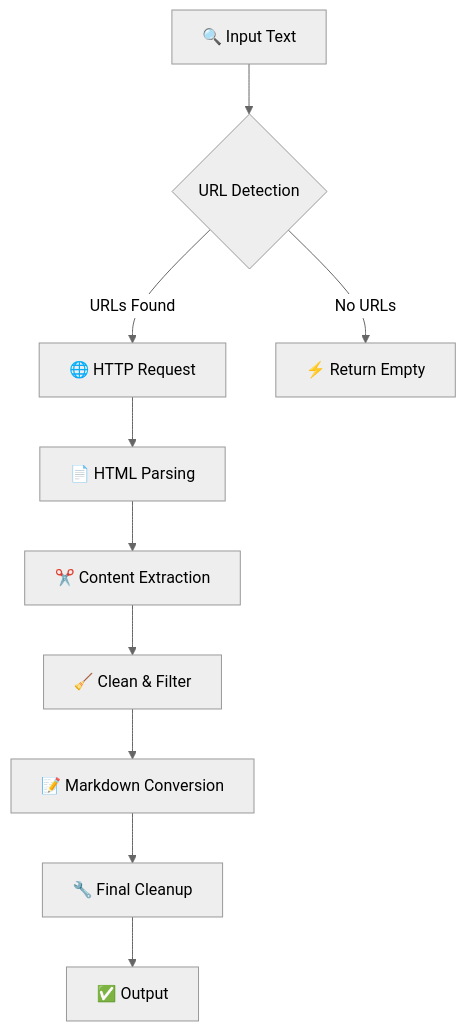
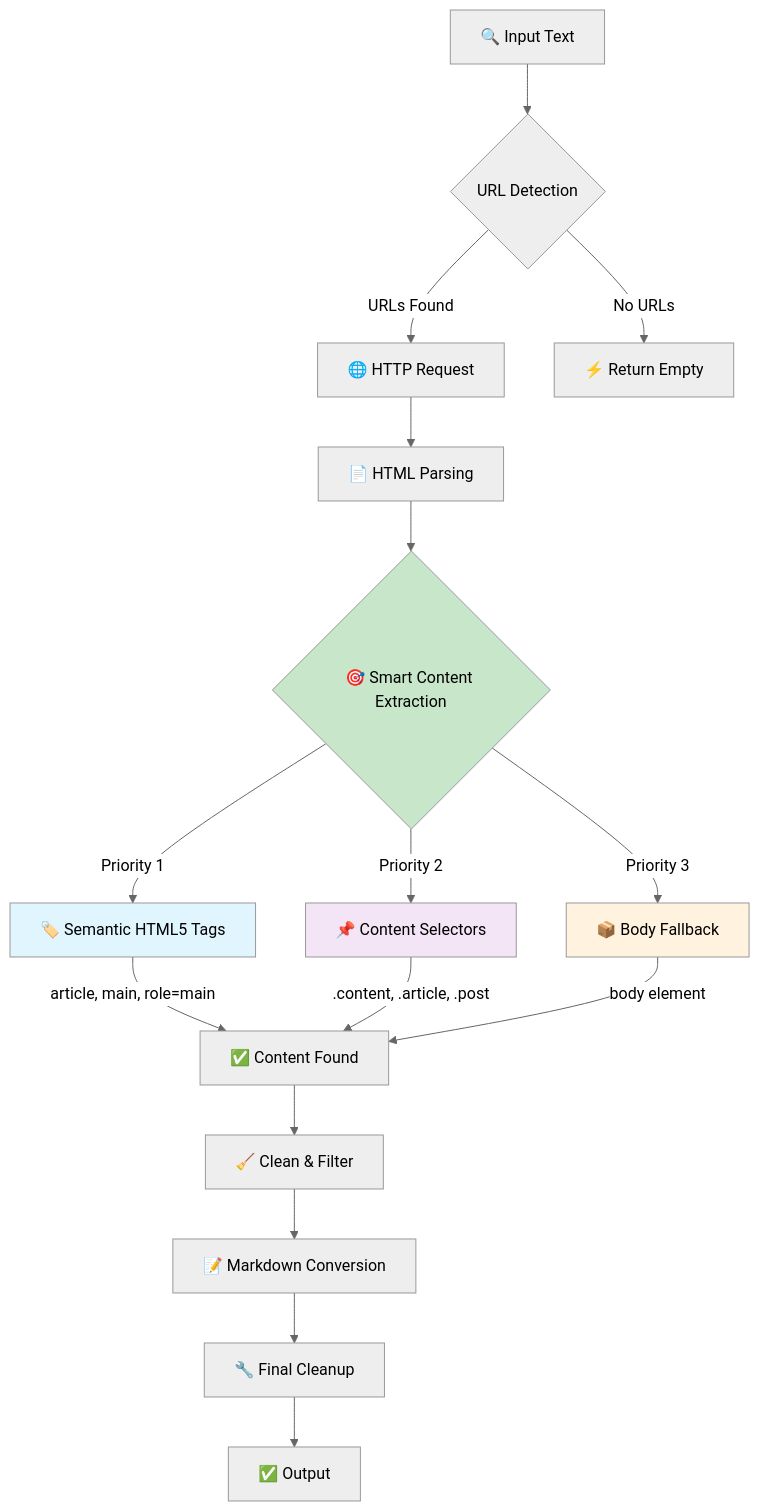
Before and after one commit to franciscotbjr/markdown-harvest: the third of 3 diagrams in README.md, drawn with Mermaid (neutral theme). The commit also changed other lines of this file and 9 other files, not shown here.

First line of the commit message:
Issue/pick content article tag (#41) (#42)

````diff
--- a/README.md
+++ b/README.md
@@ -586,12 +589,23 @@
 ```mermaid
 graph TD
     A[🔍 Input Text] --> B{URL Detection}
     B -->|URLs Found| C[🌐 HTTP Request]
     B -->|No URLs| D[⚡ Return Empty]
     C --> E[📄 HTML Parsing]
-    E --> F[✂️ Content Extraction]
-    F --> G[🧹 Clean & Filter]
-    G --> H[📝 Markdown Conversion]
-    H --> I[🔧 Final Cleanup]
-    I --> J[✅ Output]
+    E --> F{🎯 Smart Content Extraction}
+    F -->|Priority 1| G1[🏷️ Semantic HTML5 Tags]
+    F -->|Priority 2| G2[📌 Content Selectors]
+    F -->|Priority 3| G3[📦 Body Fallback]
+    G1 -->|article, main, role=main| H[✅ Content Found]
+    G2 -->|.content, .article, .post| H
+    G3 -->|body element| H
+    H --> I[🧹 Clean & Filter]
+    I --> J[📝 Markdown Conversion]
+    J --> K[🔧 Final Cleanup]
+    K --> L[✅ Output]
+
+    style G1 fill:#e1f5fe
+    style G2 fill:#f3e5f5
+    style G3 fill:#fff3e0
+    style F fill:#c8e6c9
 ```
````
